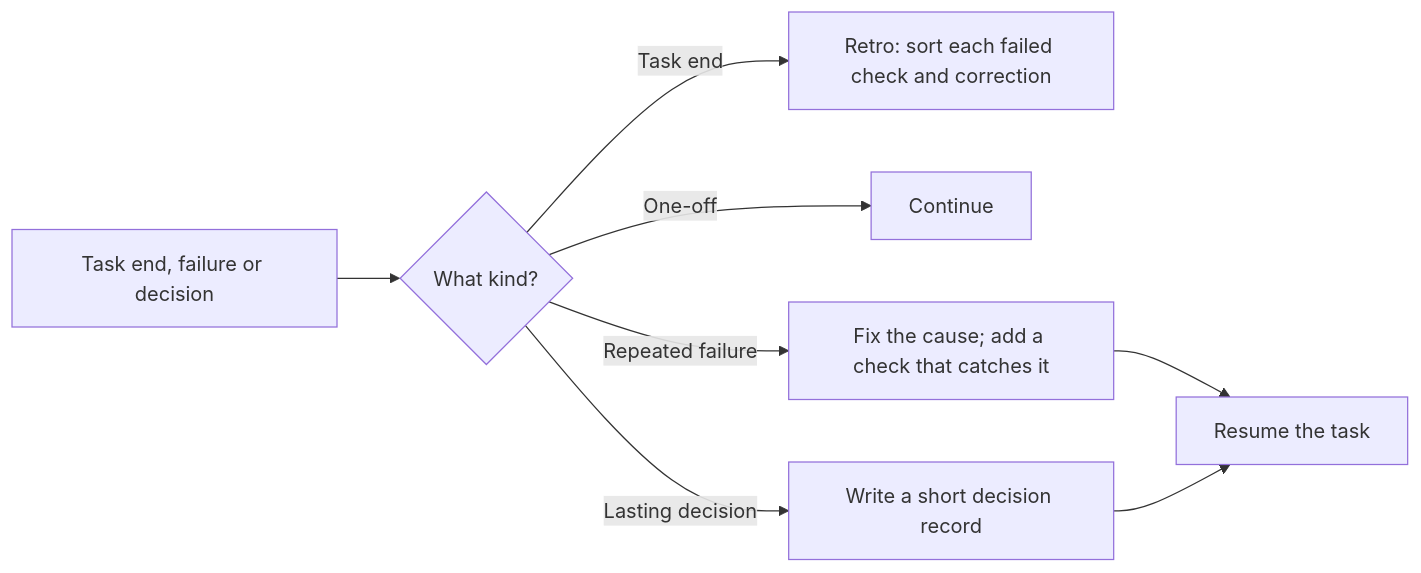
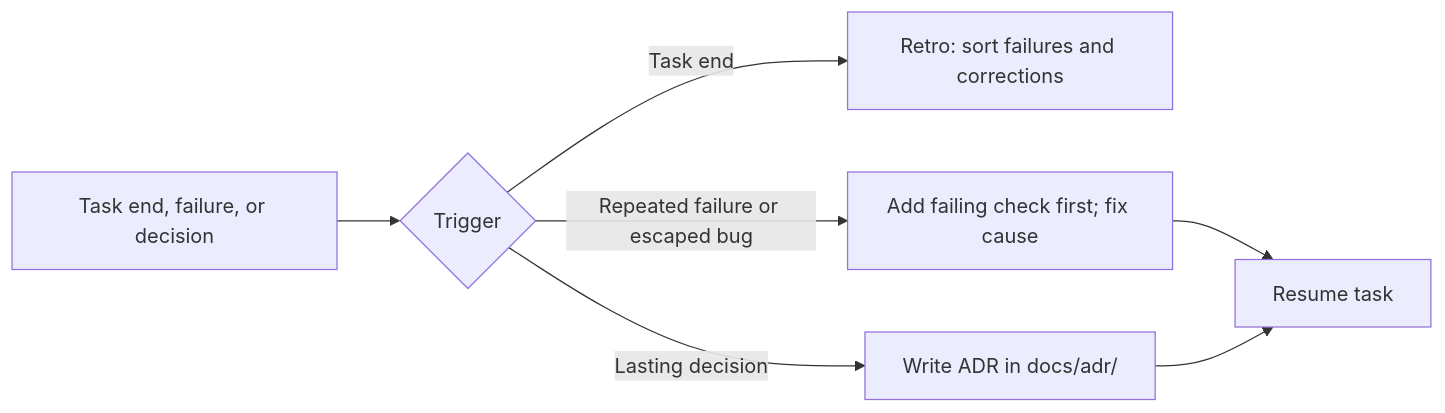
One commit to sgaabdu4/hard-eng changed the sixth of 7 diagrams in README.md. Above: the diagram before and after it, drawn with Mermaid. The commit also changed other lines of this file and 1 other file, not shown here.

````diff
--- a/README.md
+++ b/README.md
@@ -267,10 +244,9 @@
 ```mermaid
 flowchart LR
-  A[Task end, failure or decision] --> B{What kind?}
-  B -->|Task end| R[Retro: sort each failed check and correction]
-  B -->|One-off| C[Continue]
-  B -->|Repeated failure| D[Fix the cause; add a check that catches it]
-  B -->|Lasting decision| E[Write a short decision record]
-  D --> F[Resume the task]
+  A[Task end, failure, or decision] --> B{Trigger}
+  B -->|Task end| R[Retro: sort failures and corrections]
+  B -->|Repeated failure or escaped bug| D[Add failing check first; fix cause]
+  B -->|Lasting decision| E[Write ADR in docs/adr/]
+  D --> F[Resume task]
   E --> F
 ```
````
